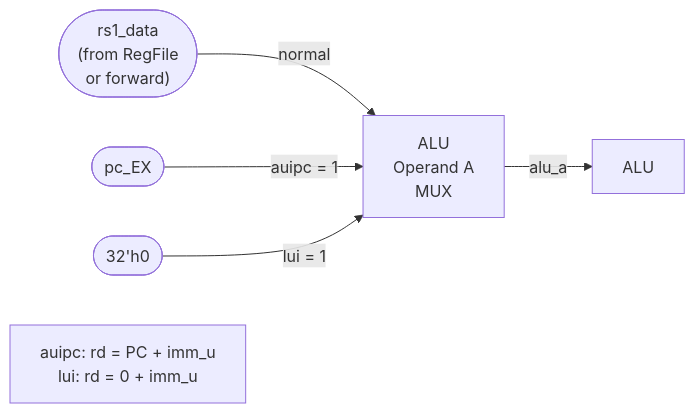
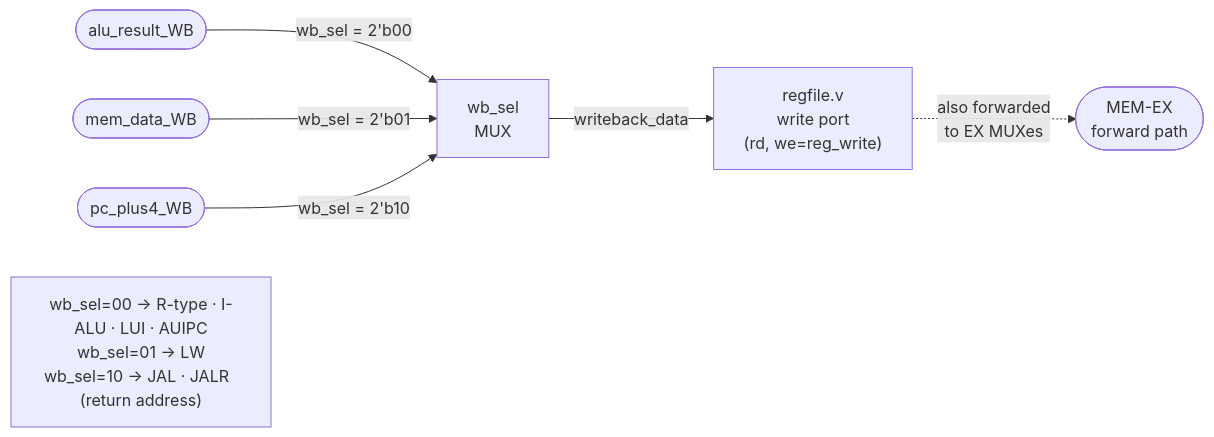
Before and after one commit to ankur-gupta-29/BoseRV: the sixth of 11 diagrams in RISCV_ARCHITECTURE.md, drawn with Mermaid. The commit also changed other lines of this file, not shown here.

Commit message:
docs: add final complete BoseRV architecture with all 11 diagrams

````diff
--- a/RISCV_ARCHITECTURE.md
+++ b/RISCV_ARCHITECTURE.md
@@ -240,9 +314,12 @@
 ```mermaid
 flowchart LR
-    RS1_DATA(["rs1_data\n(from RegFile\nor forward)"]) -->|"normal"| MUXA3["ALU\nOperand A\nMUX"]
-    PC_EX(["pc_EX"]) -->|"auipc = 1"| MUXA3
-    ZERO2(["32'h0"]) -->|"lui = 1"| MUXA3
-    MUXA3 -->|"alu_a"| ALU3["ALU"]
+    AR(["alu_result_WB"]) -->|"wb_sel = 2'b00"| WB3["wb_sel\nMUX"]
+    MD(["mem_data_WB"])   -->|"wb_sel = 2'b01"| WB3
+    P4(["pc_plus4_WB"])   -->|"wb_sel = 2'b10"| WB3
+    WB3 -->|"writeback_data"| REG_W["regfile.v\nwrite port\n(rd, we=reg_write)"]
+    REG_W -.->|"also forwarded\nto EX MUXes"| FWD_PATH(["MEM-EX\nforward path"])
 
-    NOTE_A["auipc: rd = PC + imm_u\nlui:   rd = 0  + imm_u"]
+    NOTE_WB["wb_sel=00 → R-type · I-ALU · LUI · AUIPC
+wb_sel=01 → LW
+wb_sel=10 → JAL · JALR  (return address)"]
 ```
````
